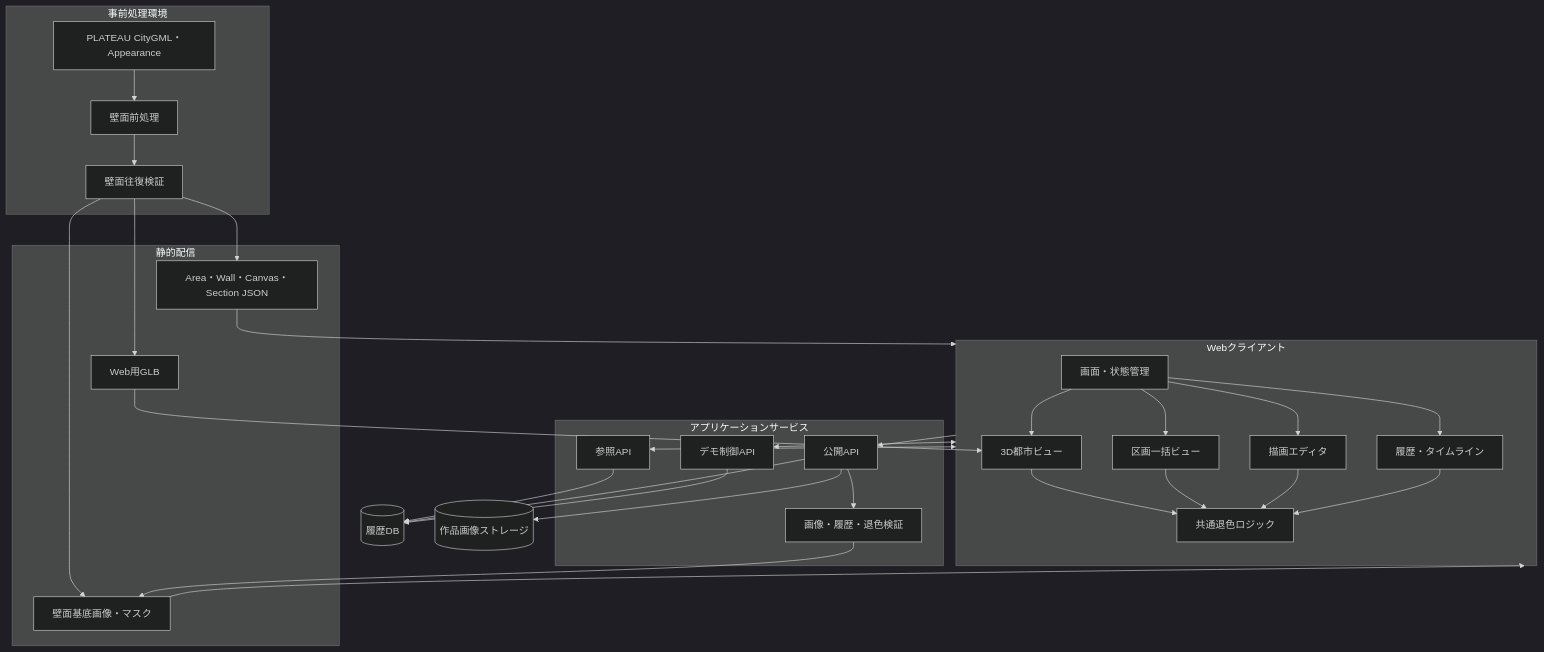
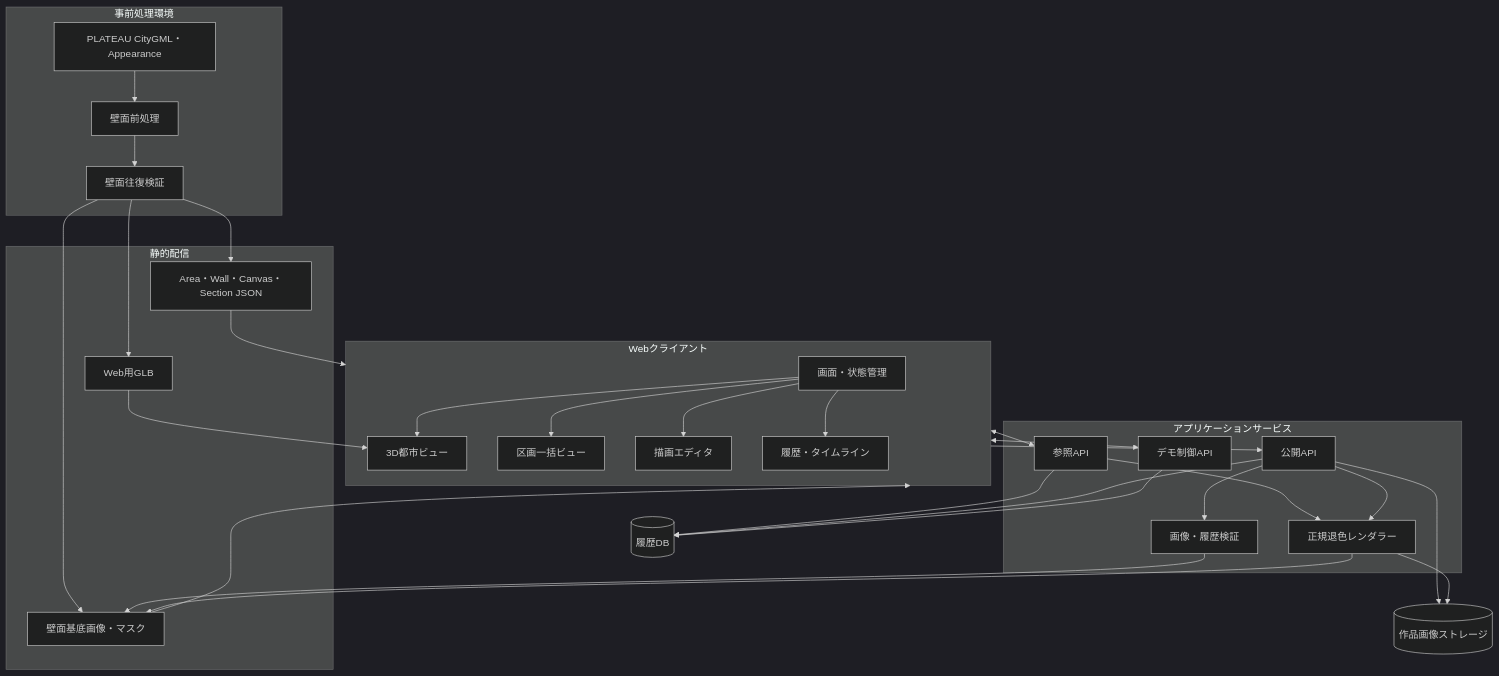
Before and after one commit to sakurw/OpenGraffiti: the first of 4 diagrams in 開発関連/設計/基本設計/基本設計書.md, drawn with Mermaid (dark theme). The commit also changed other lines of this file and 19270 other files, not shown here.

````diff
--- a/開発関連/設計/基本設計/基本設計書.md
+++ b/開発関連/設計/基本設計/基本設計書.md
@@ -74,59 +77,59 @@
 ```mermaid
 flowchart TB
     subgraph PRE["事前処理環境"]
         PL[PLATEAU CityGML・Appearance]
         PP[壁面前処理]
         QA[壁面往復検証]
         PL --> PP --> QA
     end
 
     subgraph STATIC["静的配信"]
         GLB[Web用GLB]
         CFG[Area・Wall・Canvas・Section JSON]
         BASE[壁面基底画像・マスク]
     end
 
     QA --> GLB
     QA --> CFG
     QA --> BASE
 
     subgraph CLIENT["Webクライアント"]
         SHELL[画面・状態管理]
         CITY[3D都市ビュー]
         SECTION[区画一括ビュー]
         EDITOR[描画エディタ]
         HISTORY[履歴・タイムライン]
-        FADE[共通退色ロジック]
         SHELL --> CITY
         SHELL --> SECTION
         SHELL --> EDITOR
         SHELL --> HISTORY
-        CITY --> FADE
-        SECTION --> FADE
-        EDITOR --> FADE
-        HISTORY --> FADE
     end
 
     subgraph SERVER["アプリケーションサービス"]
         READ[参照API]
         PUB[公開API]
         DEMO[デモ制御API]
-        VALID[画像・履歴・退色検証]
+        RENDER[正規退色レンダラー]
+        VALID[画像・履歴検証]
         PUB --> VALID
+        READ --> RENDER
+        PUB --> RENDER
     end
 
     DB[(履歴DB)]
     OBJ[(作品画像ストレージ)]
 
     GLB --> CITY
     CFG --> CLIENT
     BASE --> CLIENT
     CLIENT <--> READ
     CLIENT --> PUB
     CLIENT <--> DEMO
     READ --> DB
     PUB --> DB
     PUB --> OBJ
     DEMO --> DB
     VALID --> BASE
+    RENDER --> BASE
+    RENDER --> OBJ
 ```
````
